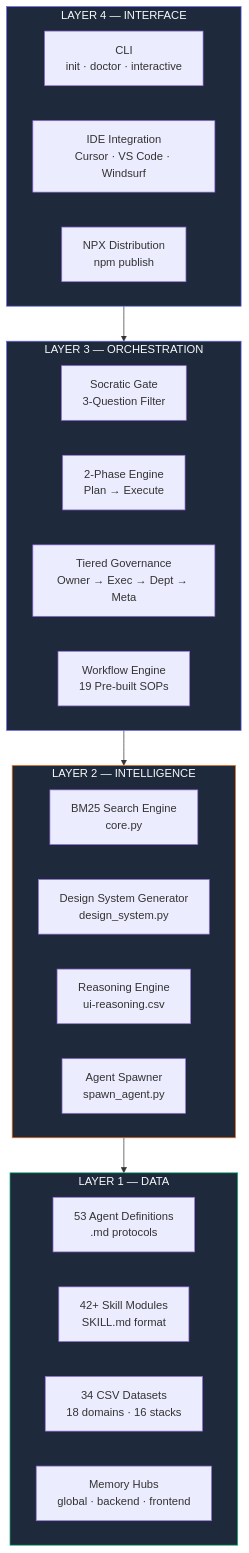
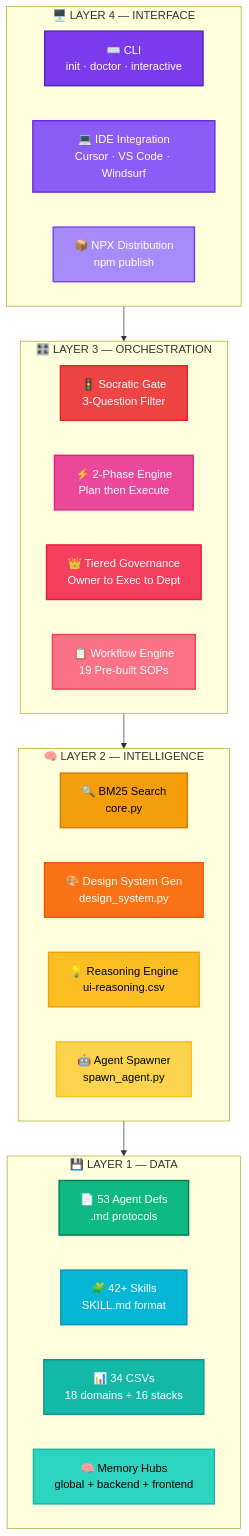
Before and after one commit to Ab-aswini/Agent-kit-P1: the second of 7 diagrams in README.md, drawn with Mermaid. The commit also changed other lines of this file, not shown here.

Commit message:
docs: candy-style README with vibrant Mermaid diagrams, UI&UX branding, enhanced install section

````diff
--- a/README.md
+++ b/README.md
@@ -122,40 +148,51 @@
 ```mermaid
 %%{init: {'theme': 'default'}}%%
 
 graph TD
-  subgraph L4["LAYER 4 — INTERFACE"]
-    CLI["CLI<br/>init · doctor · interactive"]
-    IDE["IDE Integration<br/>Cursor · VS Code · Windsurf"]
-    NPX["NPX Distribution<br/>npm publish"]
+  subgraph L4["🖥️ LAYER 4 — INTERFACE"]
+    CLI["⌨️ CLI<br/>init · doctor · interactive"]
+    IDE["💻 IDE Integration<br/>Cursor · VS Code · Windsurf"]
+    NPX["📦 NPX Distribution<br/>npm publish"]
   end
 
-  subgraph L3["LAYER 3 — ORCHESTRATION"]
-    GATE["Socratic Gate<br/>3-Question Filter"]
-    PHASE["2-Phase Engine<br/>Plan → Execute"]
-    GOV["Tiered Governance<br/>Owner → Exec → Dept → Meta"]
-    WF["Workflow Engine<br/>19 Pre-built SOPs"]
+  subgraph L3["🎛️ LAYER 3 — ORCHESTRATION"]
+    GATE["🚦 Socratic Gate<br/>3-Question Filter"]
+    PHASE["⚡ 2-Phase Engine<br/>Plan then Execute"]
+    GOV["👑 Tiered Governance<br/>Owner to Exec to Dept"]
+    WF["📋 Workflow Engine<br/>19 Pre-built SOPs"]
   end
 
-  subgraph L2["LAYER 2 — INTELLIGENCE"]
-    BM25["BM25 Search Engine<br/>core.py"]
-    DSG["Design System Generator<br/>design_system.py"]
-    REASON["Reasoning Engine<br/>ui-reasoning.csv"]
-    SPAWN["Agent Spawner<br/>spawn_agent.py"]
+  subgraph L2["🧠 LAYER 2 — INTELLIGENCE"]
+    BM25["🔍 BM25 Search<br/>core.py"]
+    DSG["🎨 Design System Gen<br/>design_system.py"]
+    REASON["💡 Reasoning Engine<br/>ui-reasoning.csv"]
+    SPAWN["🤖 Agent Spawner<br/>spawn_agent.py"]
   end
 
-  subgraph L1["LAYER 1 — DATA"]
-    AGENTS["53 Agent Definitions<br/>.md protocols"]
-    SKILLS["42+ Skill Modules<br/>SKILL.md format"]
-    CSV["34 CSV Datasets<br/>18 domains · 16 stacks"]
-    MEM["Memory Hubs<br/>global · backend · frontend"]
+  subgraph L1["💾 LAYER 1 — DATA"]
+    AGENTS["📄 53 Agent Defs<br/>.md protocols"]
+    SKILLS["🧩 42+ Skills<br/>SKILL.md format"]
+    CSV["📊 34 CSVs<br/>18 domains + 16 stacks"]
+    MEM["🧠 Memory Hubs<br/>global + backend + frontend"]
   end
 
   L4 --> L3
   L3 --> L2
   L2 --> L1
 
-  style L4 fill:#1e293b,stroke:#6366F1,color:#f8fafc
-  style L3 fill:#1e293b,stroke:#6366F1,color:#f8fafc
-  style L2 fill:#1e293b,stroke:#F97316,color:#f8fafc
-  style L1 fill:#1e293b,stroke:#10B981,color:#f8fafc
+  style CLI fill:#7C3AED,stroke:#5B21B6,stroke-width:2px,color:#fff
+  style IDE fill:#8B5CF6,stroke:#6D28D9,stroke-width:2px,color:#fff
+  style NPX fill:#A78BFA,stroke:#7C3AED,stroke-width:2px,color:#fff
+  style GATE fill:#EF4444,stroke:#DC2626,stroke-width:2px,color:#fff
+  style PHASE fill:#EC4899,stroke:#DB2777,stroke-width:2px,color:#fff
+  style GOV fill:#F43F5E,stroke:#E11D48,stroke-width:2px,color:#fff
+  style WF fill:#FB7185,stroke:#F43F5E,stroke-width:2px,color:#fff
+  style BM25 fill:#F59E0B,stroke:#D97706,stroke-width:2px,color:#000
+  style DSG fill:#F97316,stroke:#EA580C,stroke-width:2px,color:#fff
+  style REASON fill:#FBBF24,stroke:#F59E0B,stroke-width:2px,color:#000
+  style SPAWN fill:#FCD34D,stroke:#FBBF24,stroke-width:2px,color:#000
+  style AGENTS fill:#10B981,stroke:#047857,stroke-width:2px,color:#fff
+  style SKILLS fill:#06B6D4,stroke:#0891B2,stroke-width:2px,color:#fff
+  style CSV fill:#14B8A6,stroke:#0D9488,stroke-width:2px,color:#fff
+  style MEM fill:#2DD4BF,stroke:#14B8A6,stroke-width:2px,color:#000
 ```
````
